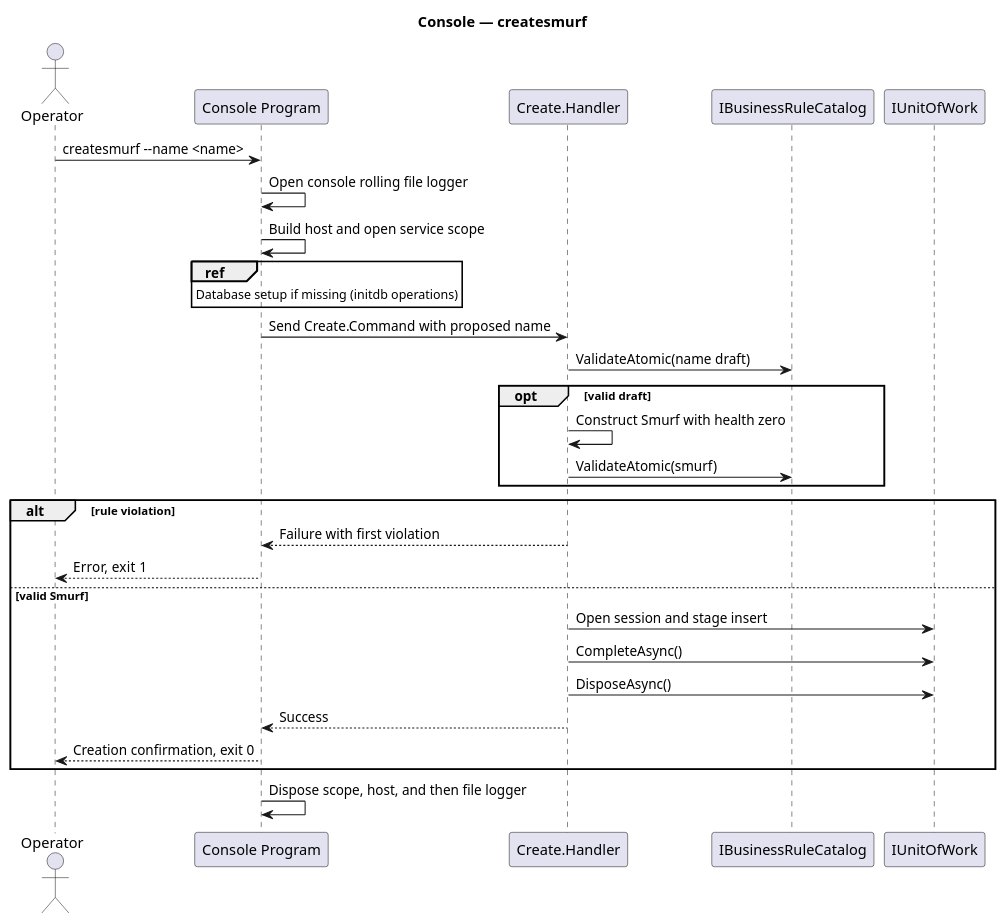
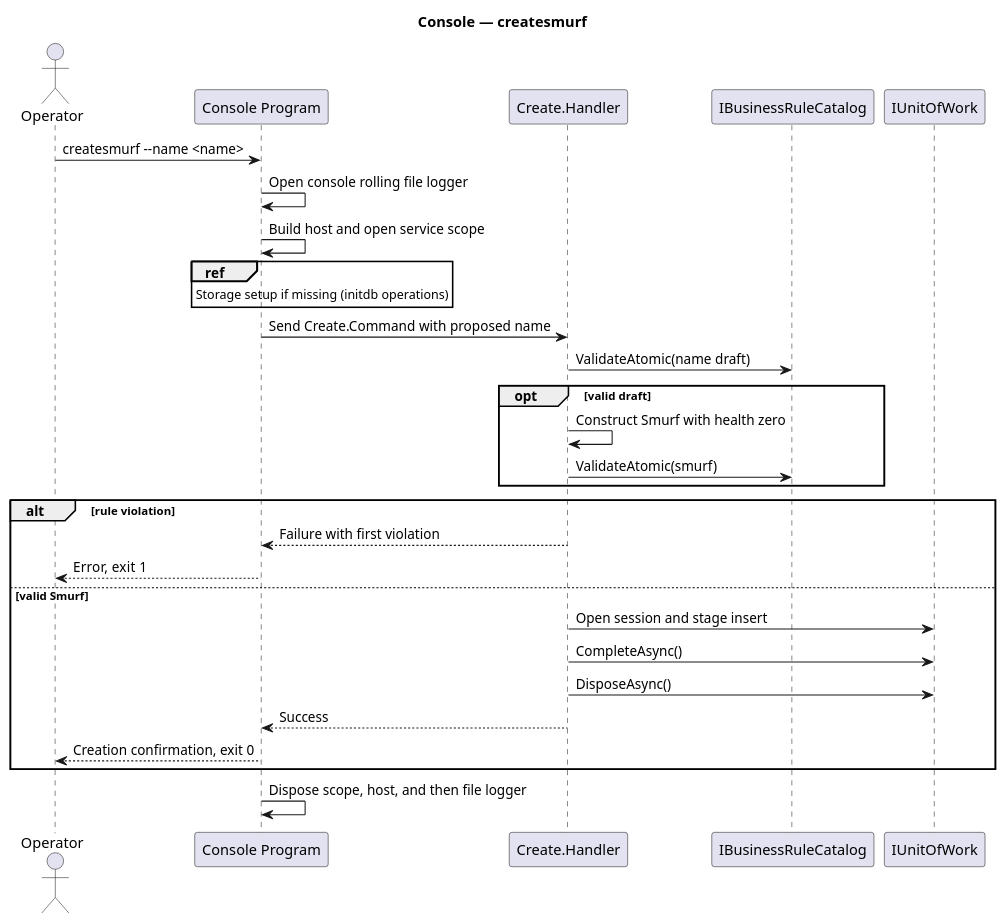
The diagram in docs/behavioral/diagrams/console-createsmurf.puml (EbbeMeloSorensen/Smurfs), drawn with PlantUML before and after one commit. The commit also changed 35 other files, not shown here.

```diff
--- a/docs/behavioral/diagrams/console-createsmurf.puml
+++ b/docs/behavioral/diagrams/console-createsmurf.puml
@@ -1,30 +1,30 @@
 @startuml
 title Console — createsmurf
 actor Operator
 participant "Console Program" as CLI
 participant "Create.Handler" as Create
 participant IBusinessRuleCatalog as Catalog
 participant IUnitOfWork as Write
 
 Operator -> CLI : createsmurf --name <name>
 CLI -> CLI : Open console rolling file logger
 CLI -> CLI : Build host and open service scope
-ref over CLI : Database setup if missing (initdb operations)
+ref over CLI : Storage setup if missing (initdb operations)
 CLI -> Create : Send Create.Command with proposed name
 Create -> Catalog : ValidateAtomic(name draft)
 opt valid draft
   Create -> Create : Construct Smurf with health zero
   Create -> Catalog : ValidateAtomic(smurf)
 end
 alt rule violation
   Create --> CLI : Failure with first violation
   CLI --> Operator : Error, exit 1
 else valid Smurf
   Create -> Write : Open session and stage insert
   Create -> Write : CompleteAsync()
   Create -> Write : DisposeAsync()
   Create --> CLI : Success
   CLI --> Operator : Creation confirmation, exit 0
 end
 CLI -> CLI : Dispose scope, host, and then file logger
 @enduml
```
